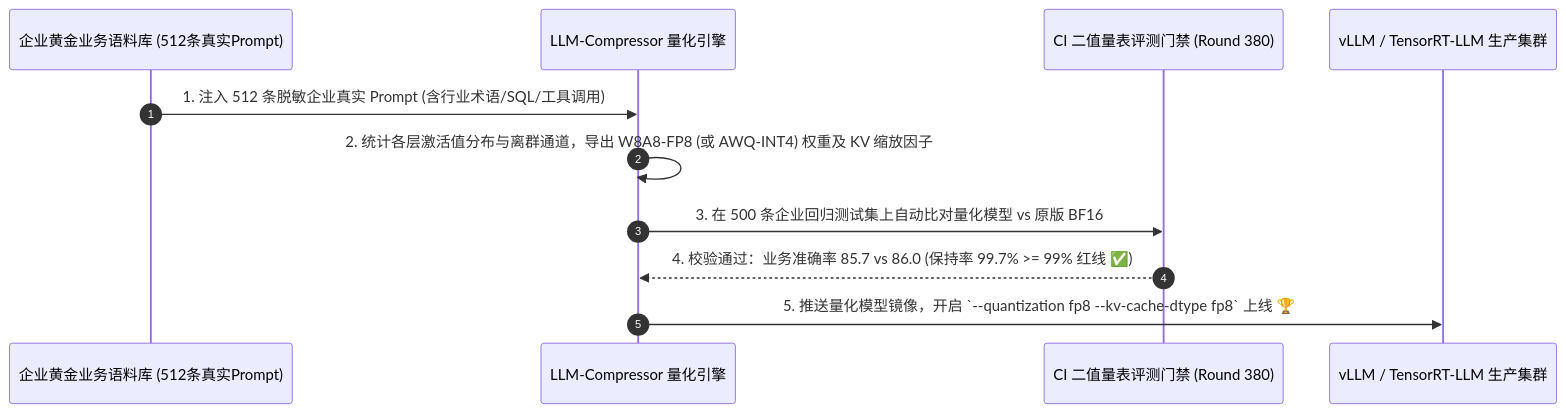
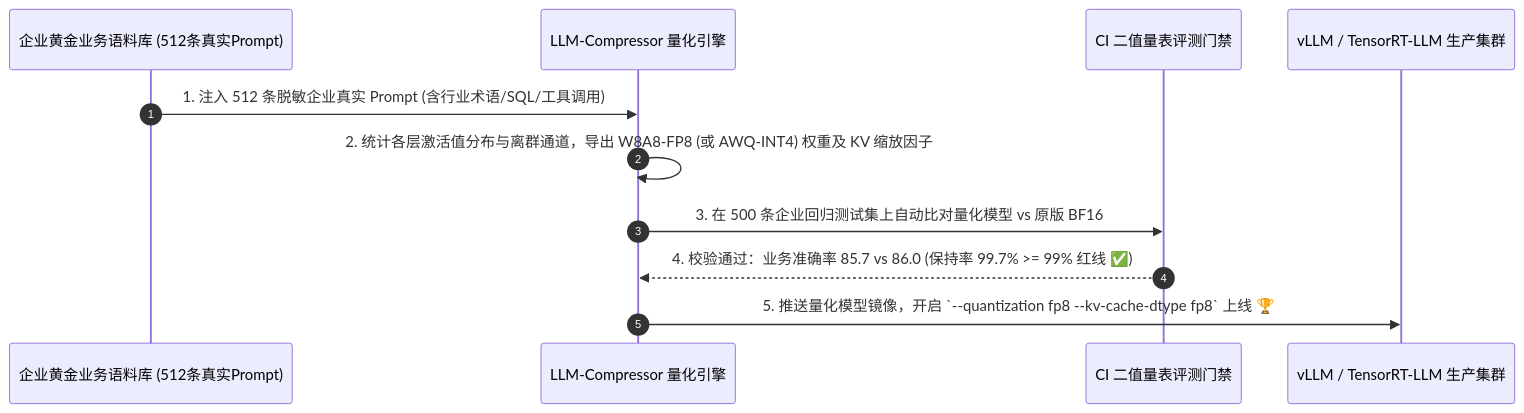
Before and after one commit to turbo998/ai-infra-research: the third of 3 diagrams in docs/components/enterprise-llm-quantization-bf16-fp8-int4-awq-hardware-selection-faq.md, drawn with Mermaid. The commit also changed other lines of this file and 6333 other files, not shown here.

````diff
--- a/docs/components/enterprise-llm-quantization-bf16-fp8-int4-awq-hardware-selection-faq.md
+++ b/docs/components/enterprise-llm-quantization-bf16-fp8-int4-awq-hardware-selection-faq.md
@@ -95,14 +95,14 @@
 ```mermaid
 sequenceDiagram
     autonumber
     participant Gold as 企业黄金业务语料库 (512条真实Prompt)
     participant Comp as LLM-Compressor 量化引擎
-    participant Eval as CI 二值量表评测门禁 (Round 380)
+    participant Eval as CI 二值量表评测门禁 
     participant Prod as vLLM / TensorRT-LLM 生产集群
 
     Gold->>Comp: 1. 注入 512 条脱敏企业真实 Prompt (含行业术语/SQL/工具调用)
     Comp->>Comp: 2. 统计各层激活值分布与离群通道，导出 W8A8-FP8 (或 AWQ-INT4) 权重及 KV 缩放因子
     Comp->>Eval: 3. 在 500 条企业回归测试集上自动比对量化模型 vs 原版 BF16
     Eval-->>Comp: 4. 校验通过：业务准确率 85.7 vs 86.0 (保持率 99.7% >= 99% 红线 ✅)
     Comp->>Prod: 5. 推送量化模型镜像，开启 `--quantization fp8 --kv-cache-dtype fp8` 上线 🏆
 ```
````
